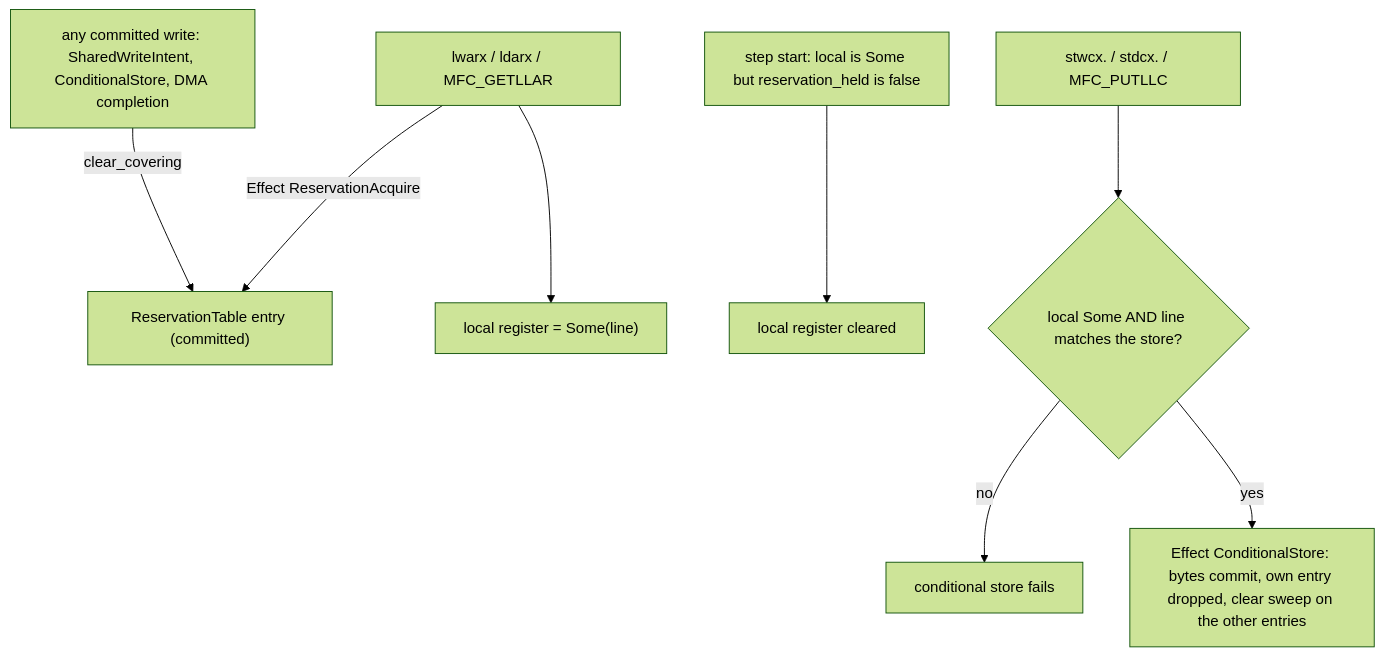
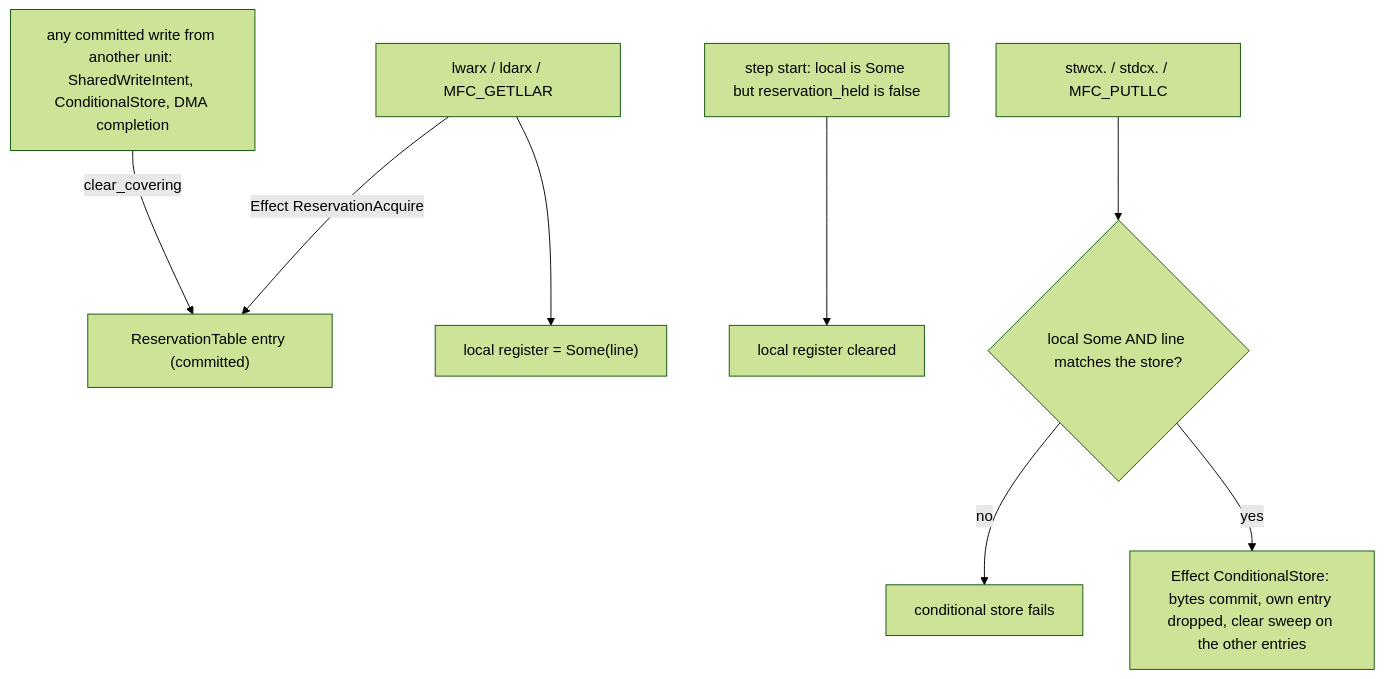
Before and after one commit to RoyalAce22/CellGov: the third of 3 diagrams in docs/architecture/synchronization.md, drawn with Mermaid (forest theme). The commit also changed other lines of this file and 73 other files, not shown here.

````diff
--- a/docs/architecture/synchronization.md
+++ b/docs/architecture/synchronization.md
@@ -171,10 +172,10 @@
 ```mermaid
 flowchart TD
   ld["lwarx / ldarx / MFC_GETLLAR"] -->|Effect ReservationAcquire| tbl["ReservationTable entry (committed)"]
   ld --> loc["local register = Some(line)"]
-  wr["any committed write: SharedWriteIntent, ConditionalStore, DMA completion"] -->|clear_covering| tbl
+  wr["any committed write from another unit: SharedWriteIntent, ConditionalStore, DMA completion"] -->|clear_covering| tbl
   start["step start: local is Some but reservation_held is false"] --> clr["local register cleared"]
   st["stwcx. / stdcx. / MFC_PUTLLC"] --> v{"local Some AND line matches the store?"}
   v -->|no| nope["conditional store fails"]
   v -->|yes| ok["Effect ConditionalStore: bytes commit, own entry dropped, clear sweep on the other entries"]
 ```
````
